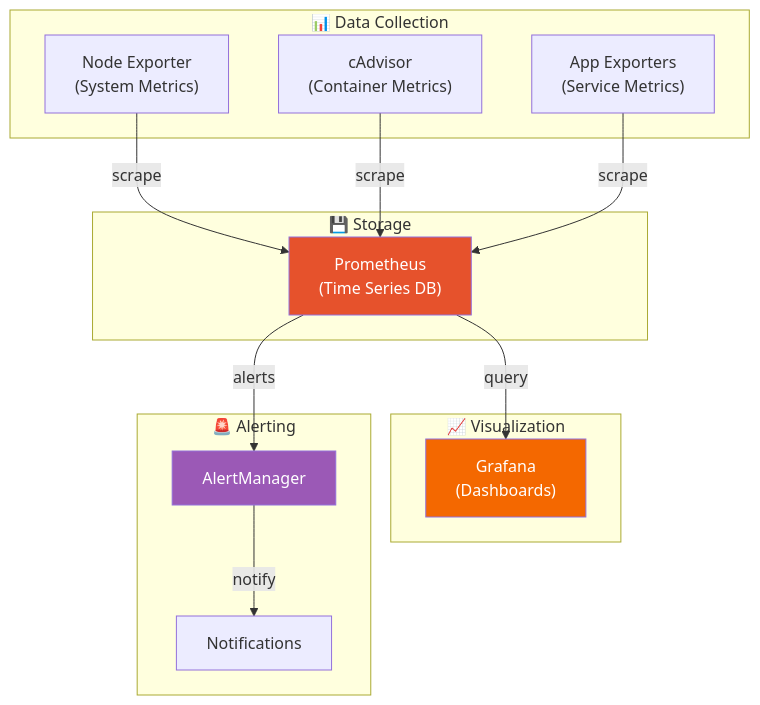
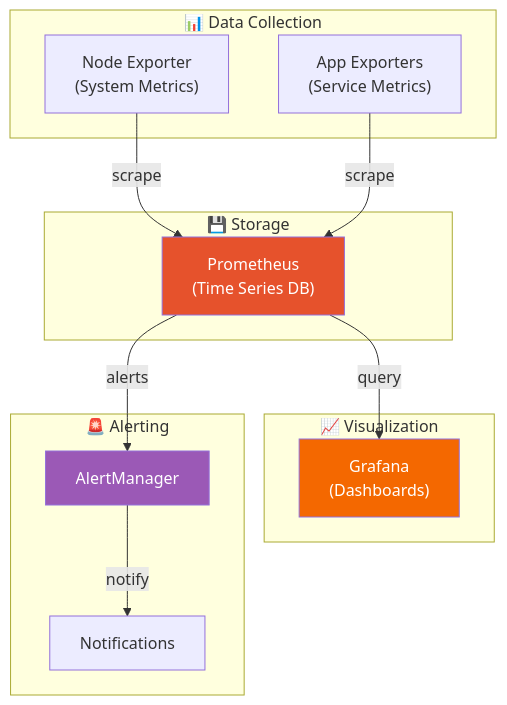
The first of 9 diagrams in docs/monitoring.md (manumanohar11/homelab), drawn with Mermaid before and after one commit. The commit also changed other lines of this file and 4893 other files, not shown here.

````diff
--- a/docs/monitoring.md
+++ b/docs/monitoring.md
@@ -27,32 +27,30 @@
 ```mermaid
 flowchart TB
     subgraph COLLECTION["📊 Data Collection"]
         NodeExporter["Node Exporter<br/>(System Metrics)"]
-        cAdvisor["cAdvisor<br/>(Container Metrics)"]
         AppMetrics["App Exporters<br/>(Service Metrics)"]
     end
 
     subgraph STORAGE["💾 Storage"]
         Prometheus["Prometheus<br/>(Time Series DB)"]
     end
 
     subgraph VISUALIZATION["📈 Visualization"]
         Grafana["Grafana<br/>(Dashboards)"]
     end
 
     subgraph ALERTING["🚨 Alerting"]
         AlertManager["AlertManager"]
         Notifications["Notifications"]
     end
 
     NodeExporter -->|scrape| Prometheus
-    cAdvisor -->|scrape| Prometheus
     AppMetrics -->|scrape| Prometheus
     Prometheus -->|query| Grafana
     Prometheus -->|alerts| AlertManager
     AlertManager -->|notify| Notifications
 
     style Prometheus fill:#e6522c,color:#fff
     style Grafana fill:#f46800,color:#fff
     style AlertManager fill:#9b59b6,color:#fff
 ```
````
